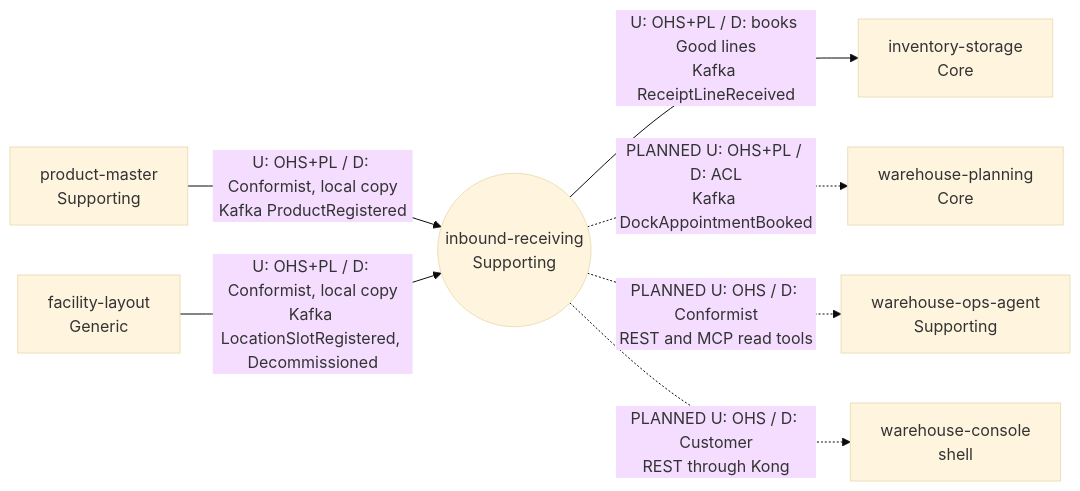
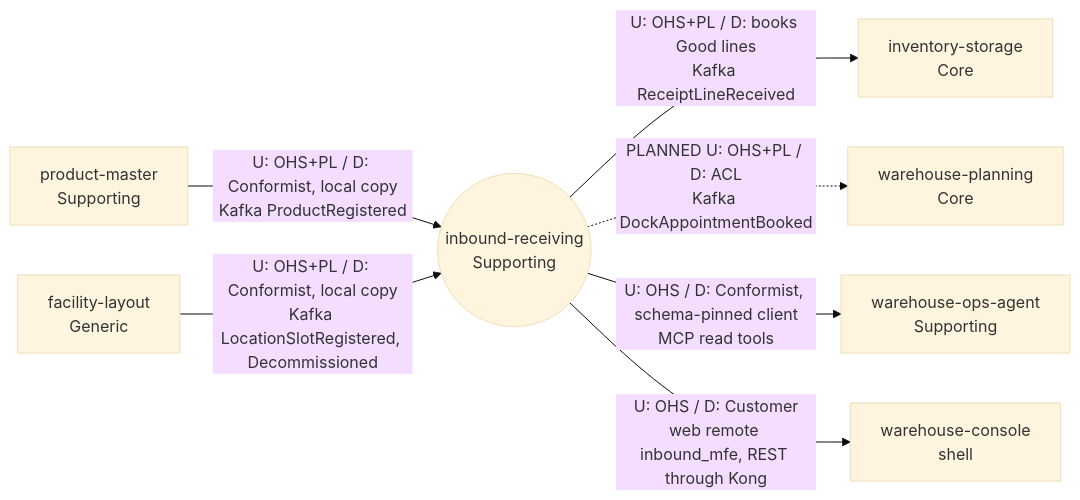
The diagram in docs/contexts/inbound-receiving/context-map.md (IQVO/warehouse-docs), drawn with Mermaid (base theme) before and after one commit. The commit also changed other lines of this file and 87 other files, not shown here.

````diff
--- a/docs/contexts/inbound-receiving/context-map.md
+++ b/docs/contexts/inbound-receiving/context-map.md
@@ -21,18 +21,18 @@
 ```mermaid
 flowchart LR
   IR(("inbound-receiving<br/>Supporting"))
 
   PM["product-master<br/>Supporting"]
   FL["facility-layout<br/>Generic"]
   INV["inventory-storage<br/>Core"]
   WP["warehouse-planning<br/>Core"]
   OPS["warehouse-ops-agent<br/>Supporting"]
   CON["warehouse-console<br/>shell"]
 
   PM -- "U: OHS+PL / D: Conformist, local copy<br/>Kafka ProductRegistered" --> IR
   FL -- "U: OHS+PL / D: Conformist, local copy<br/>Kafka LocationSlotRegistered, Decommissioned" --> IR
   IR -- "U: OHS+PL / D: books Good lines<br/>Kafka ReceiptLineReceived" --> INV
   IR -. "PLANNED U: OHS+PL / D: ACL<br/>Kafka DockAppointmentBooked" .-> WP
-  IR -. "PLANNED U: OHS / D: Conformist<br/>REST and MCP read tools" .-> OPS
-  IR -. "PLANNED U: OHS / D: Customer<br/>REST through Kong" .-> CON
+  IR -- "U: OHS / D: Conformist, schema-pinned client<br/>MCP read tools" --> OPS
+  IR -- "U: OHS / D: Customer<br/>web remote inbound_mfe, REST through Kong" --> CON
 ```
````
